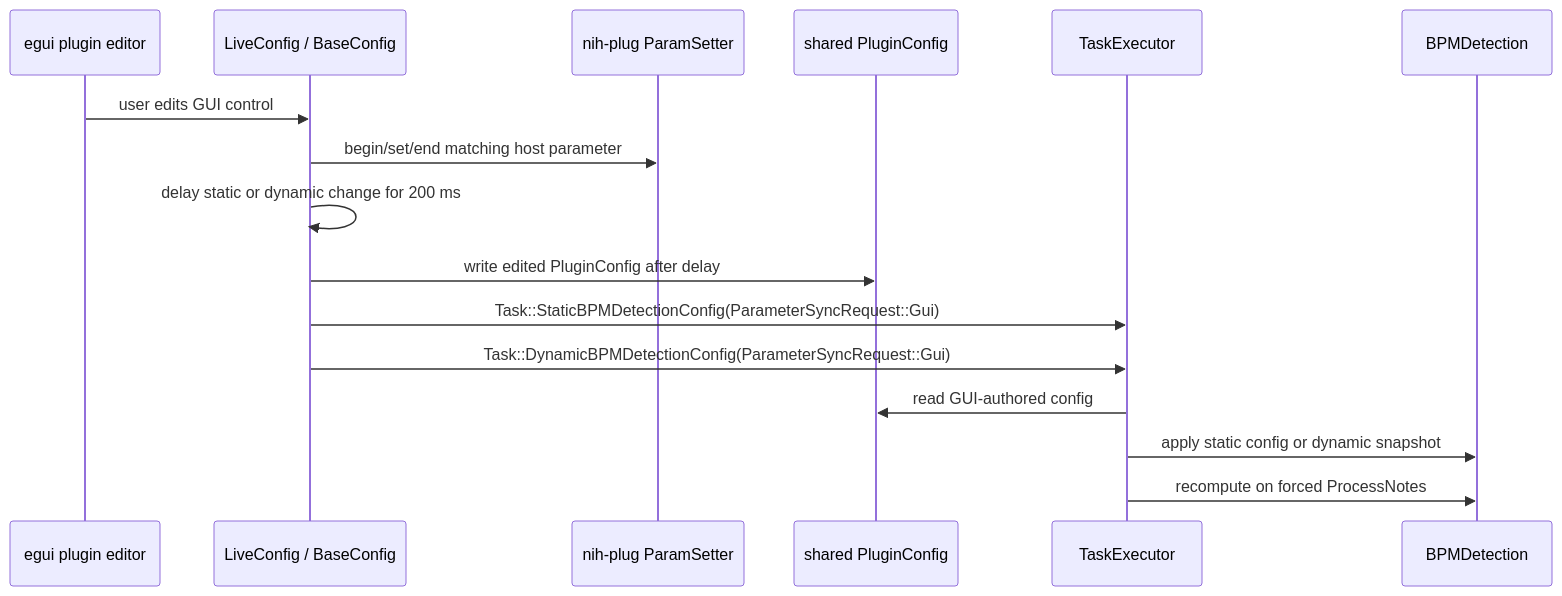
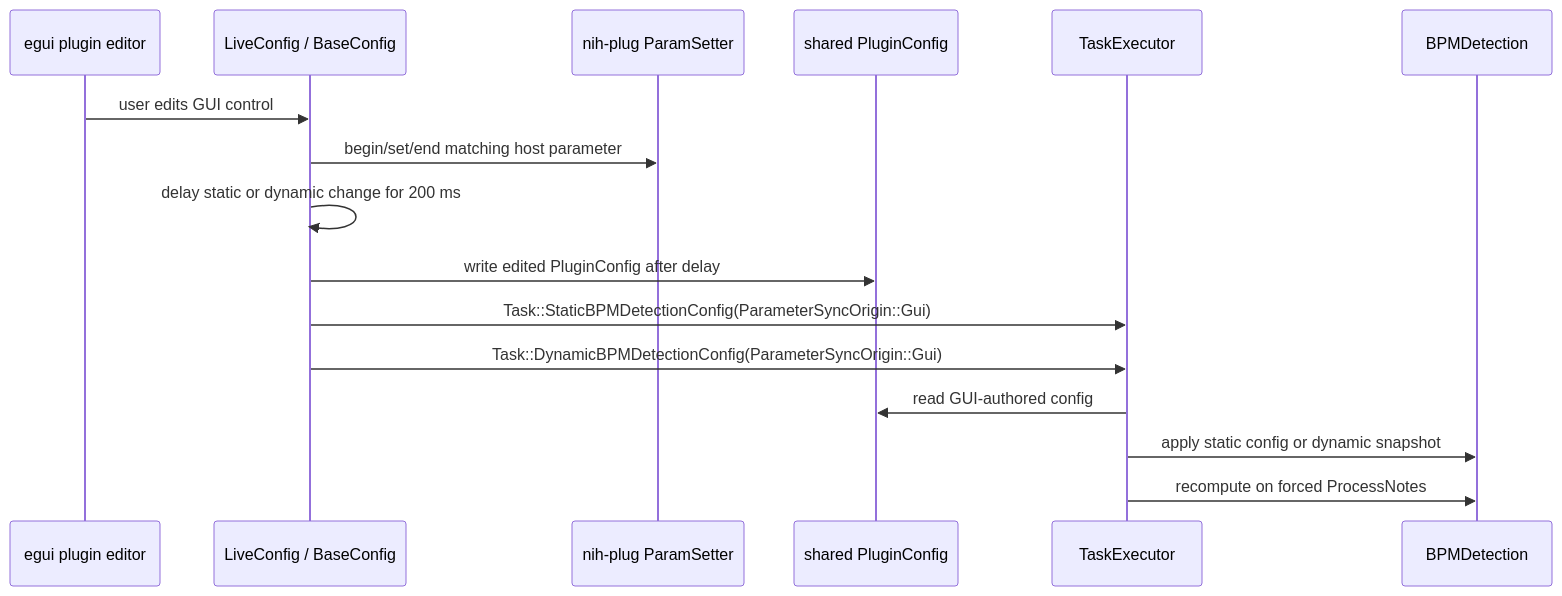
Before and after one commit to valsteen/midi_bpm_detection: the sixth of 11 diagrams in docs/runtime-lifecycle.md, drawn with Mermaid. The commit also changed other lines of this file and 5 other files, not shown here.

Commit message:
Rename parameter sync request origin

````diff
--- a/docs/runtime-lifecycle.md
+++ b/docs/runtime-lifecycle.md
@@ -225,19 +225,19 @@
 ```mermaid
 sequenceDiagram
     participant Editor as egui plugin editor
     participant Live as LiveConfig / BaseConfig
     participant Setter as nih-plug ParamSetter
     participant Config as shared PluginConfig
     participant Exec as TaskExecutor
     participant Model as BPMDetection
 
     Editor->>Live: user edits GUI control
     Live->>Setter: begin/set/end matching host parameter
     Live->>Live: delay static or dynamic change for 200 ms
     Live->>Config: write edited PluginConfig after delay
-    Live->>Exec: Task::StaticBPMDetectionConfig(ParameterSyncRequest::Gui)
-    Live->>Exec: Task::DynamicBPMDetectionConfig(ParameterSyncRequest::Gui)
+    Live->>Exec: Task::StaticBPMDetectionConfig(ParameterSyncOrigin::Gui)
+    Live->>Exec: Task::DynamicBPMDetectionConfig(ParameterSyncOrigin::Gui)
     Exec->>Config: read GUI-authored config
     Exec->>Model: apply static config or dynamic snapshot
     Exec->>Model: recompute on forced ProcessNotes
 ```
````
